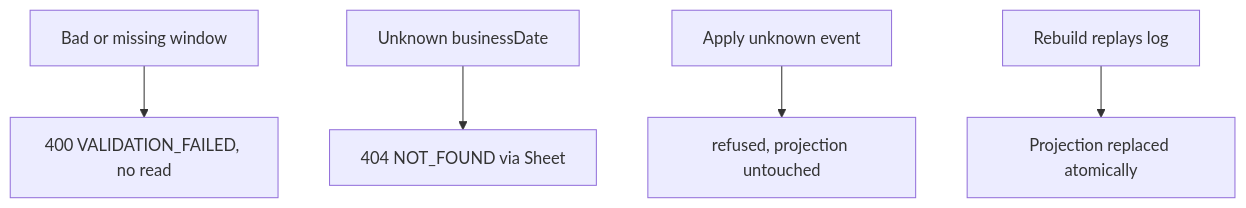
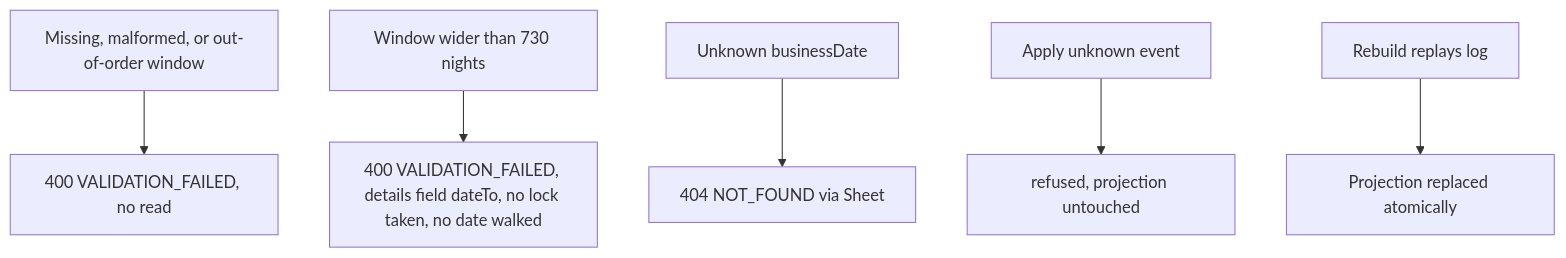
Before and after one commit to MingChen1501/hotel-mgmt: the second of 2 diagrams in docs/architecture/services/reporting.md, drawn with Mermaid. The commit also changed other lines of this file and 9 other files, not shown here.

````diff
--- a/docs/architecture/services/reporting.md
+++ b/docs/architecture/services/reporting.md
@@ -48,7 +48,8 @@
 ```mermaid
 flowchart TD
-    W[Bad or missing window] --> R400[400 VALIDATION_FAILED, no read]
+    W[Missing, malformed, or out-of-order window] --> R400[400 VALIDATION_FAILED, no read]
+    C[Window wider than 730 nights] --> R400B[400 VALIDATION_FAILED, details field dateTo, no lock taken, no date walked]
     V[Unknown businessDate] --> R404[404 NOT_FOUND via Sheet]
     J[Apply unknown event] --> R422[refused, projection untouched]
     K[Rebuild replays log] --> L[Projection replaced atomically]
 ```
````
